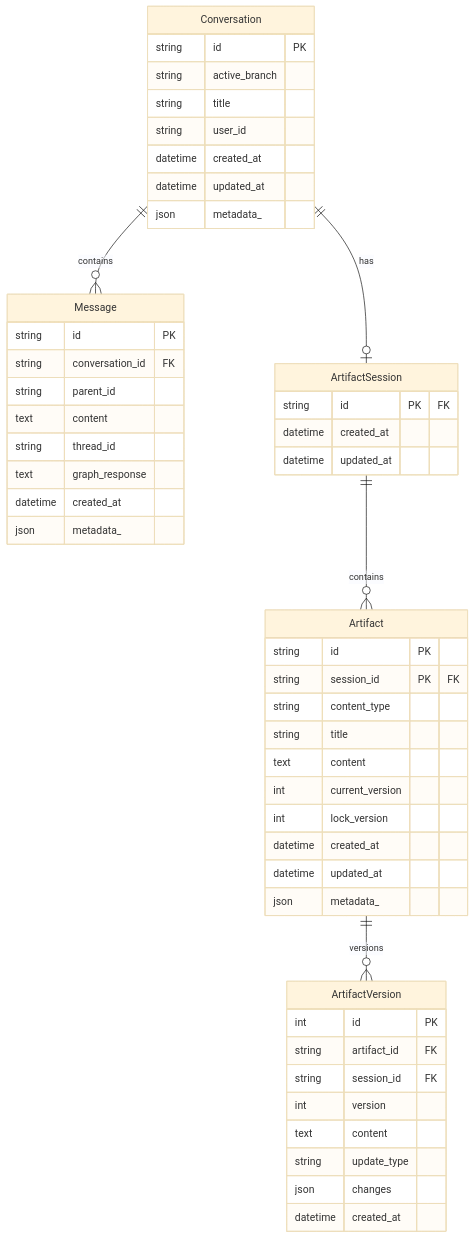
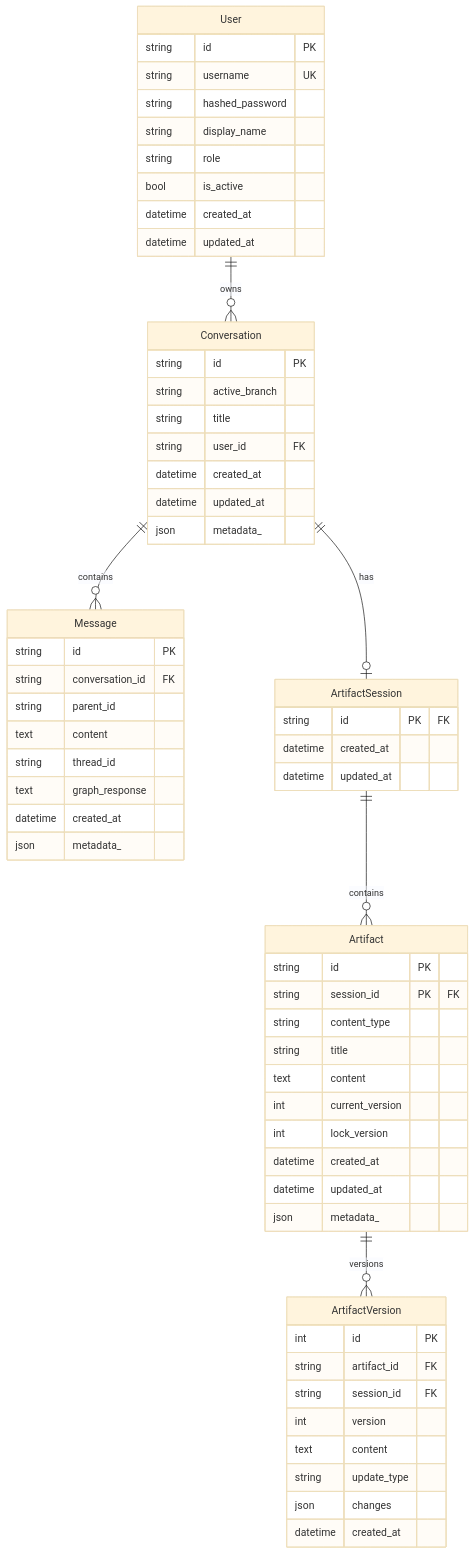
The first of 2 diagrams in docs/architecture/data-layer.md (Neutrino1998/artifact-flow), drawn with Mermaid (base theme) before and after one commit. The commit also changed other lines of this file and 10 other files, not shown here.

````diff
--- a/docs/architecture/data-layer.md
+++ b/docs/architecture/data-layer.md
@@ -22,58 +23,70 @@
 ```mermaid
 erDiagram
+    User ||--o{ Conversation : owns
     Conversation ||--o{ Message : contains
     Conversation ||--o| ArtifactSession : has
     ArtifactSession ||--o{ Artifact : contains
     Artifact ||--o{ ArtifactVersion : versions
 
+    User {
+        string id PK
+        string username UK
+        string hashed_password
+        string display_name
+        string role
+        bool is_active
+        datetime created_at
+        datetime updated_at
+    }
+
     Conversation {
         string id PK
         string active_branch
         string title
-        string user_id
+        string user_id FK
         datetime created_at
         datetime updated_at
         json metadata_
     }
 
     Message {
         string id PK
         string conversation_id FK
         string parent_id
         text content
         string thread_id
         text graph_response
         datetime created_at
         json metadata_
     }
 
     ArtifactSession {
         string id PK "FK"
         datetime created_at
         datetime updated_at
     }
 
     Artifact {
         string id PK
         string session_id PK "FK"
         string content_type
         string title
         text content
         int current_version
         int lock_version
         datetime created_at
         datetime updated_at
         json metadata_
     }
 
     ArtifactVersion {
         int id PK
         string artifact_id FK
         string session_id FK
         int version
         text content
         string update_type
         json changes
         datetime created_at
     }
 ```
````
